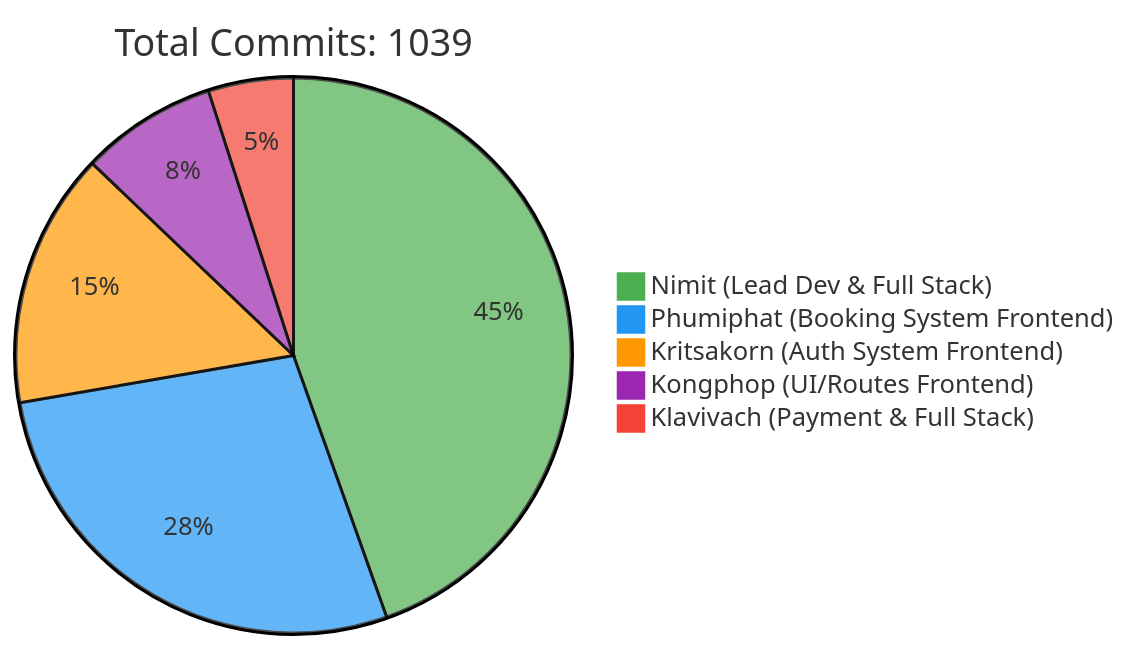
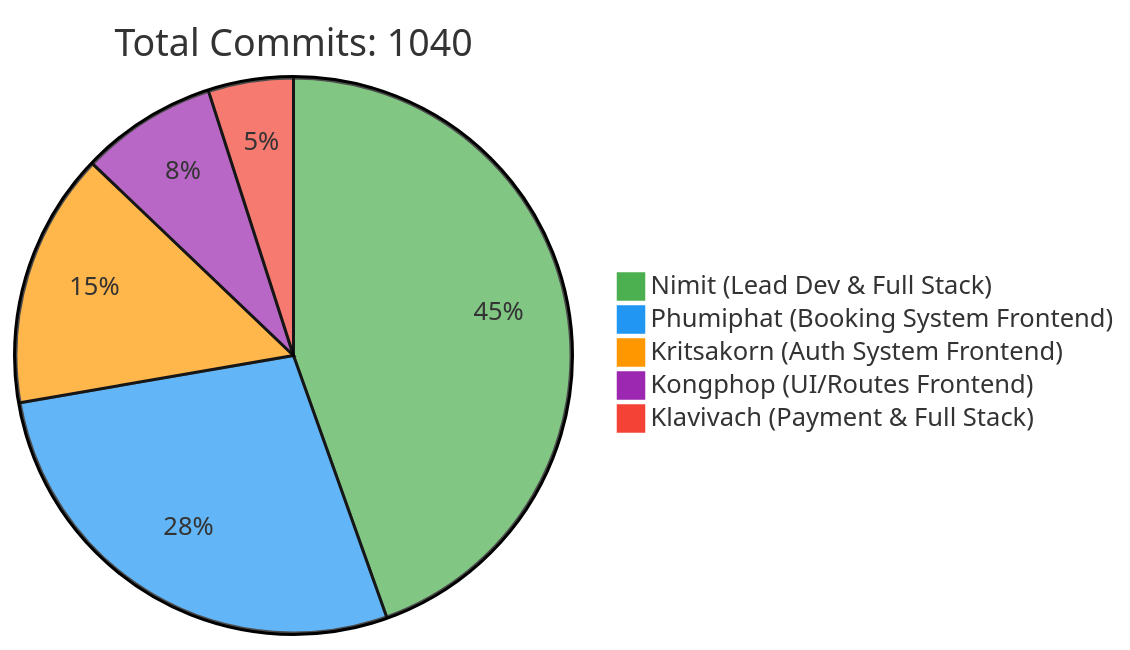
The first of 2 diagrams in README.md (6531503042/Sport-Complex), drawn with Mermaid before and after one commit. The commit also changed other lines of this file, not shown here.

Commit message:
docs: Update contributor statistics [skip ci]

````diff
--- a/README.md
+++ b/README.md
@@ -240,10 +240,10 @@
 ```mermaid
 %%{init: {'theme': 'base', 'themeVariables': { 'pie1': '#4CAF50', 'pie2': '#2196F3', 'pie3': '#FF9800', 'pie4': '#9C27B0', 'pie5': '#F44336'}}}%%
 pie
-    title Total Commits: 1039
+    title Total Commits: 1040
     "Nimit (Lead Dev & Full Stack)" : 450
     "Phumiphat (Booking System Frontend)" : 280
     "Kritsakorn (Auth System Frontend)" : 150
     "Kongphop (UI/Routes Frontend)" : 80
     "Klavivach (Payment & Full Stack)" : 50
 ```
````
